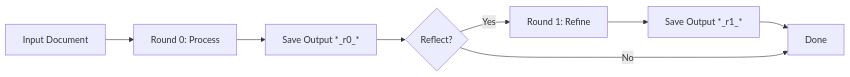
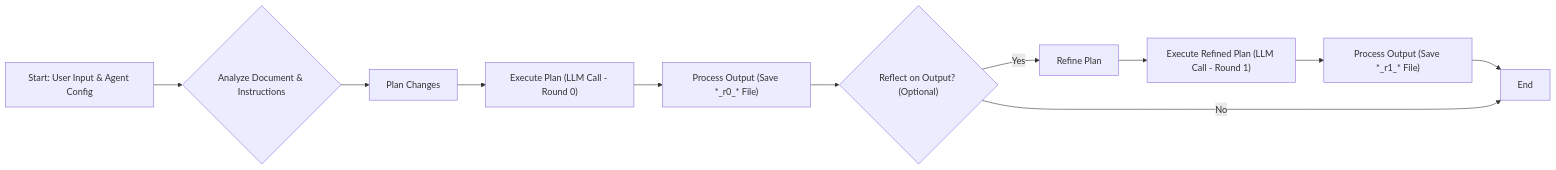
Before and after one commit to LionSR/TeXRA: the diagram in docs/guide/index.md, drawn with Mermaid. The commit also changed other lines of this file and 16 other files, not shown here.

````diff
--- a/docs/guide/index.md
+++ b/docs/guide/index.md
@@ -26,10 +57,13 @@
 ```mermaid
 graph LR
-    A[Input Document] --> B[Round 0: Process]
-    B --> C[Save Output *_r0_*]
-    C --> D{Reflect?}
-    D -->|Yes| E[Round 1: Refine]
-    E --> F[Save Output *_r1_*]
-    F --> G[Done]
-    D -->|No| G
+    A[Start: User Input & Agent Config] --> B{Analyze Document & Instructions};
+    B --> C[Plan Changes];
+    C --> D["Execute Plan (LLM Call - Round 0)"];
+    D --> E["Process Output (Save *_r0_* File)"];
+    E --> F{"Reflect on Output? (Optional)"};
+    F -- Yes --> G[Refine Plan];
+    G --> H["Execute Refined Plan (LLM Call - Round 1)"];
+    H --> I["Process Output (Save *_r1_* File)"];
+    I --> J[End];
+    F -- No --> J[End];
 ```
````
